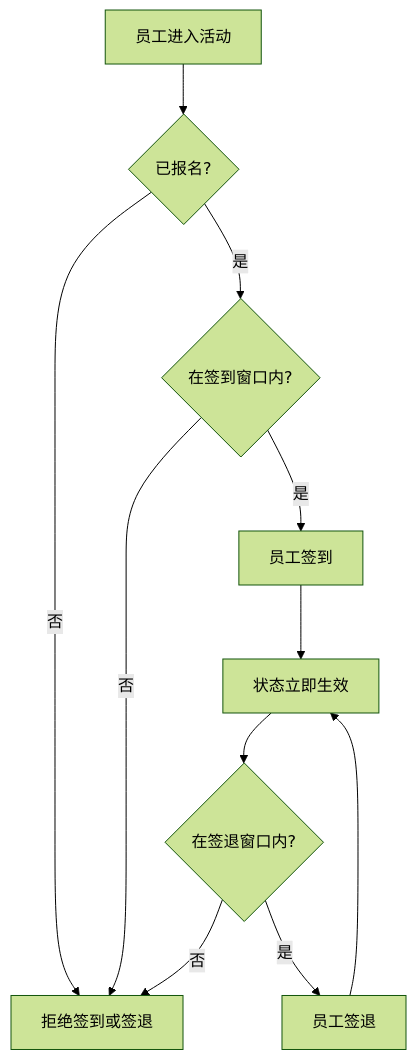
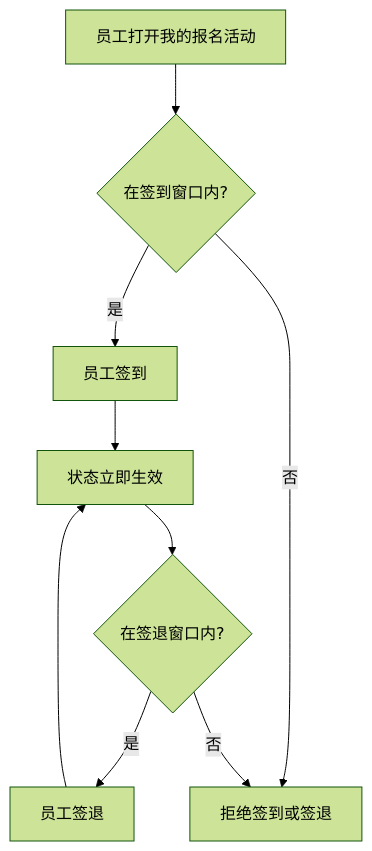
One commit to KianaMei/points changed diagram 12 of 41 in docs/club-points-flow-design.md. Above: the diagram before and after it, drawn with Mermaid (forest theme). The commit also changed other lines of this file and 2661 other files, not shown here.

````diff
--- a/docs/club-points-flow-design.md
+++ b/docs/club-points-flow-design.md
@@ -343,23 +318,20 @@
 ```mermaid
 flowchart TD
-    accTitle: Employee Attendance Flow
-    accDescr: Employees can check in and check out only after registration, and attendance records take effect immediately without administrator approval.
+    accTitle: 员工签到流程
+    accDescr: 展示员工从本人报名记录进入签到签退，签到签退记录由员工操作后立即生效且不需要管理员审核。
 
-    start["员工进入活动"]
-    registered_check{"已报名?"}
+    start["员工打开我的报名活动"]
     window_check{"在签到窗口内?"}
     checkin["员工签到"]
     checkout_window{"在签退窗口内?"}
     checkout["员工签退"]
     status_effective["状态立即生效"]
     reject["拒绝签到或签退"]
 
-    start --> registered_check
-    registered_check -->|"否"| reject
-    registered_check -->|"是"| window_check
+    start --> window_check
     window_check -->|"是"| checkin --> status_effective
     window_check -->|"否"| reject
     status_effective --> checkout_window
     checkout_window -->|"是"| checkout --> status_effective
     checkout_window -->|"否"| reject
 ```
````
